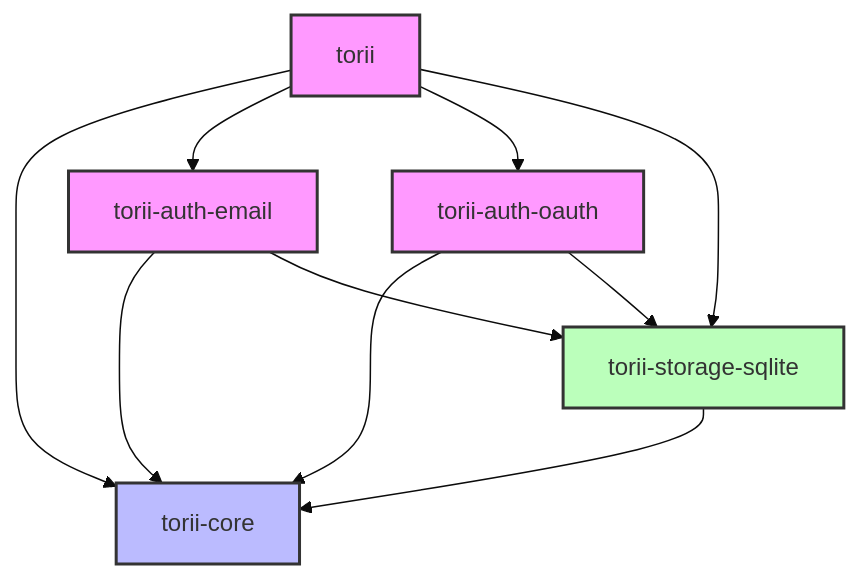
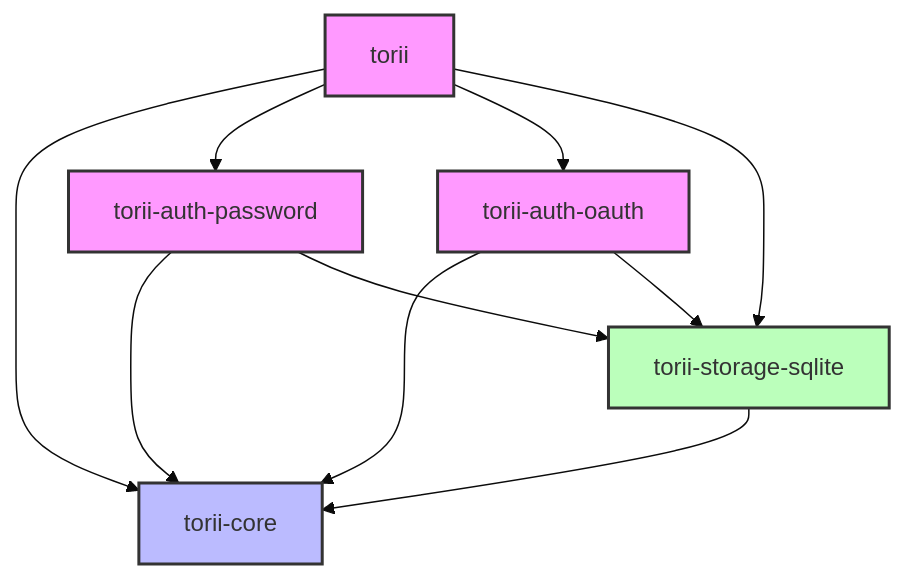
Before and after one commit to cmackenzie1/torii-rs: the diagram in CONTRIBUTING.md, drawn with Mermaid (base theme). The commit also changed 17 other files, not shown here.

Commit message:
chore: rename `torii-auth-email` to `torii-auth-password`

````diff
--- a/CONTRIBUTING.md
+++ b/CONTRIBUTING.md
@@ -3,31 +3,31 @@
 ```mermaid
 graph TD
     torii[torii]
     torii_core[torii-core]
-    torii_auth_email[torii-auth-email]
+    torii_auth_password[torii-auth-password]
     torii_auth_oauth[torii-auth-oauth]
     torii_storage_sqlite[torii-storage-sqlite]
 
     %% Core dependencies
-    torii_auth_email --> torii_core
+    torii_auth_password --> torii_core
     torii_auth_oauth --> torii_core
     torii_storage_sqlite --> torii_core
 
     %% Main crate dependencies
     torii --> torii_core
-    torii --> torii_auth_email
+    torii --> torii_auth_password
     torii --> torii_auth_oauth
     torii --> torii_storage_sqlite
 
     %% Storage dependencies
-    torii_auth_email --> torii_storage_sqlite
+    torii_auth_password --> torii_storage_sqlite
     torii_auth_oauth --> torii_storage_sqlite
 
     %% Style nodes
     classDef default fill:#f9f,stroke:#333,stroke-width:2px;
     classDef core fill:#bbf,stroke:#333,stroke-width:2px;
     classDef storage fill:#bfb,stroke:#333,stroke-width:2px;
 
     class torii_core core;
     class torii_storage_sqlite storage;
 ```
````
